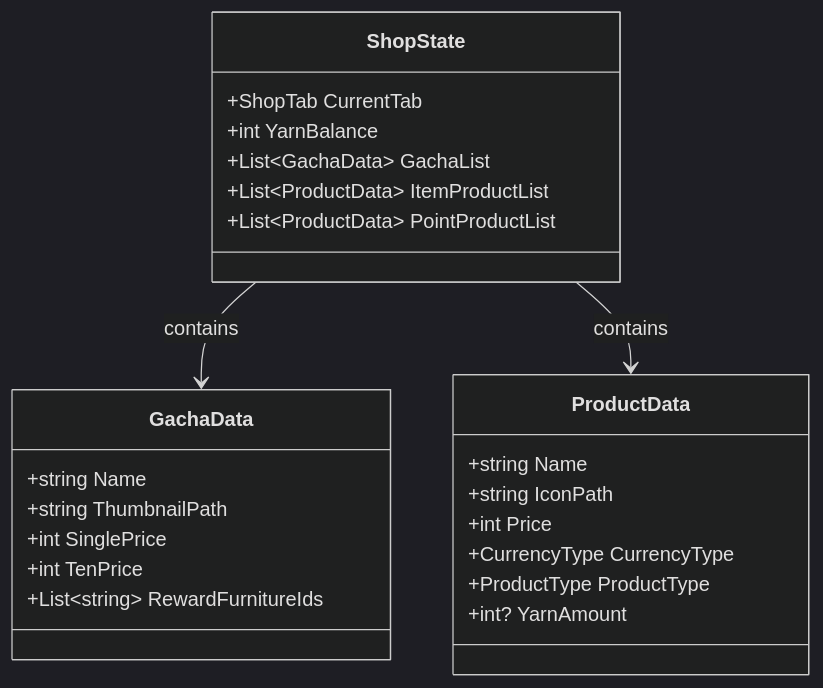
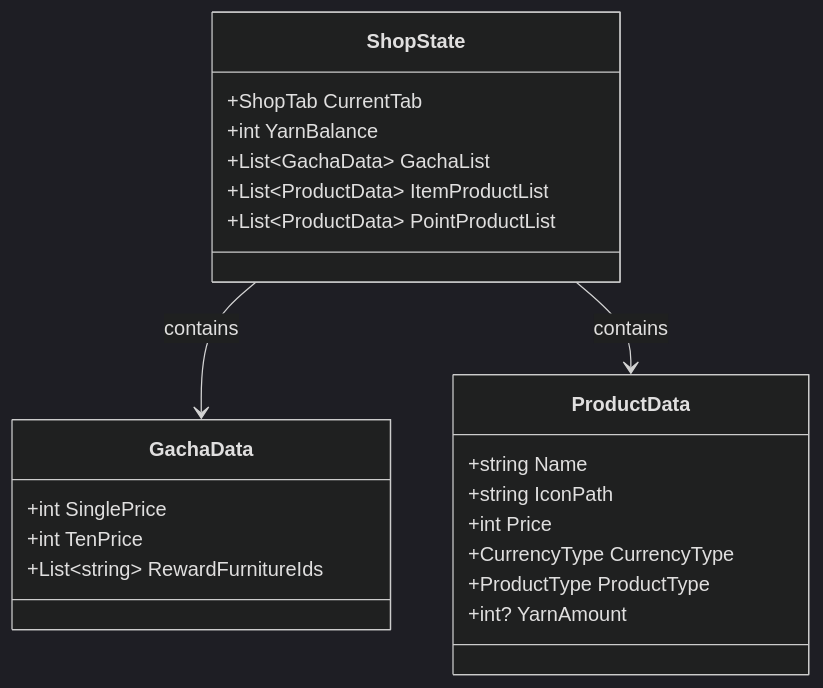
One commit to OR-Sasaki/cat changed the fifth of 5 diagrams in .kiro/specs/shop-scene-mock/design.md. Above: the diagram before and after it, drawn with Mermaid (dark theme). The commit also changed other lines of this file and 2 other files, not shown here.

First line of the commit message:
Remove Name and ThumbnailPath from GachaData

````diff
--- a/.kiro/specs/shop-scene-mock/design.md
+++ b/.kiro/specs/shop-scene-mock/design.md
@@ -532,30 +531,28 @@
 ```mermaid
 classDiagram
     class ShopState {
         +ShopTab CurrentTab
         +int YarnBalance
         +List~GachaData~ GachaList
         +List~ProductData~ ItemProductList
         +List~ProductData~ PointProductList
     }
 
     class GachaData {
-        +string Name
-        +string ThumbnailPath
         +int SinglePrice
         +int TenPrice
         +List~string~ RewardFurnitureIds
     }
 
     class ProductData {
         +string Name
         +string IconPath
         +int Price
         +CurrencyType CurrencyType
         +ProductType ProductType
         +int? YarnAmount
     }
 
     ShopState --> GachaData : contains
     ShopState --> ProductData : contains
 ```
````
